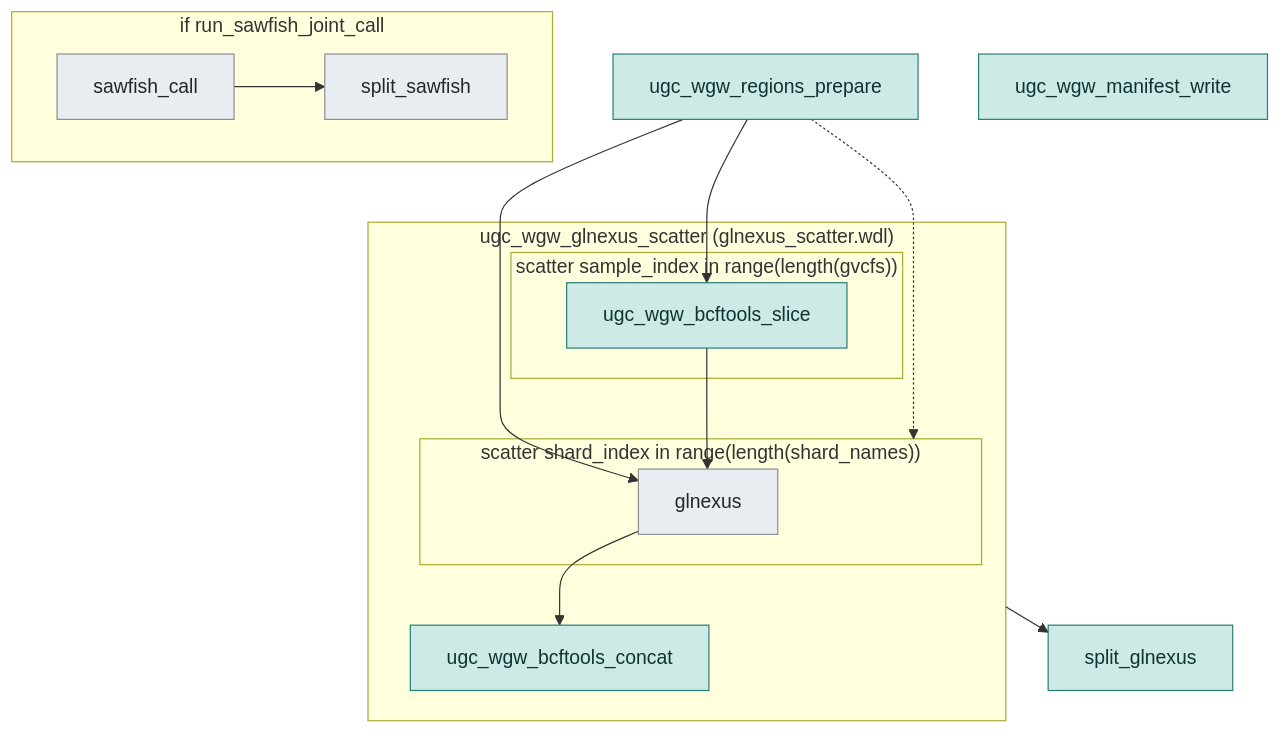
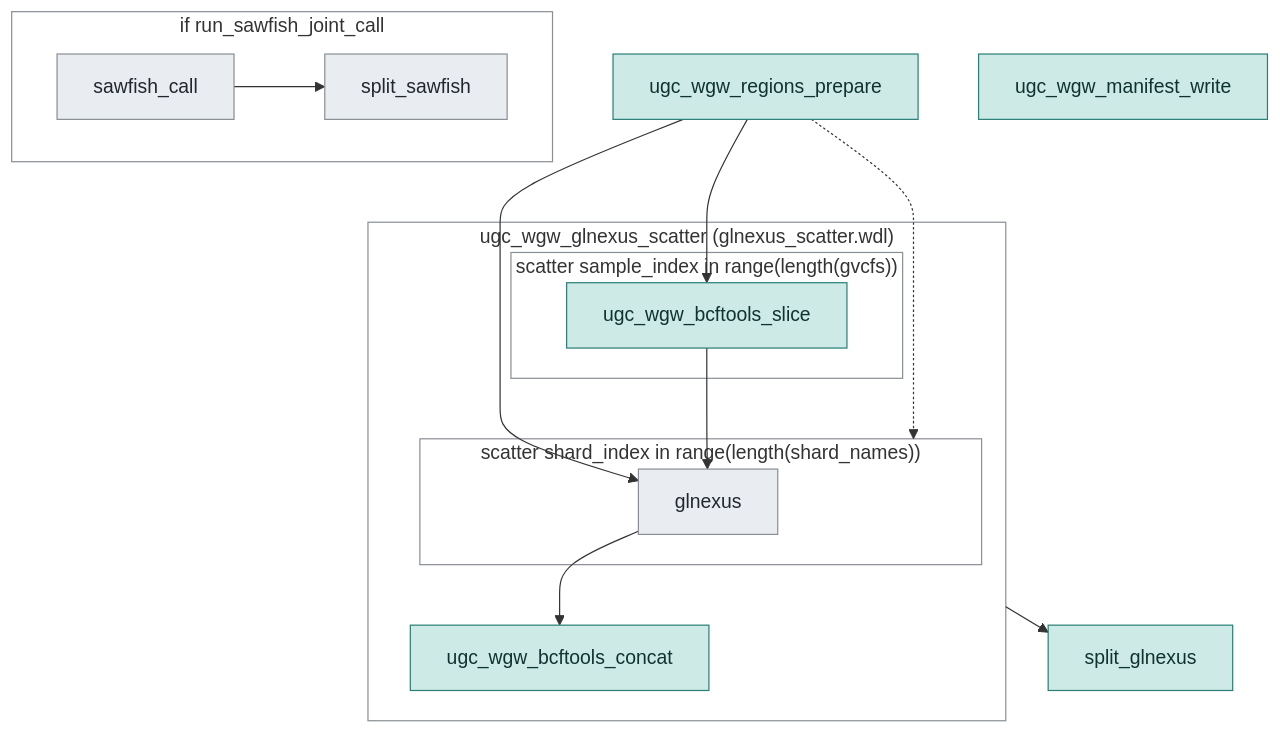
One commit to UppsalaGenomeCenter/ugc-wgw changed the fourth of 13 diagrams in docs/guide/workflow-graphs.md. Above: the diagram before and after it, drawn with Mermaid. The commit also changed other lines of this file and 19 other files, not shown here.

````diff
--- a/docs/guide/workflow-graphs.md
+++ b/docs/guide/workflow-graphs.md
@@ -357,28 +364,30 @@
 ```mermaid
 flowchart TD
   n1["ugc_wgw_regions_prepare"]:::o
   subgraph s1["ugc_wgw_glnexus_scatter (glnexus_scatter.wdl)"]
     subgraph s2["scatter sample_index in range(length(gvcfs))"]
       n2["ugc_wgw_bcftools_slice"]:::o
     end
     subgraph s3["scatter shard_index in range(length(shard_names))"]
       n3["glnexus"]:::u
     end
     n4["ugc_wgw_bcftools_concat"]:::o
   end
   n5["split_glnexus"]:::o
   subgraph s4["if run_sawfish_joint_call"]
     n6["sawfish_call"]:::u
     n7["split_sawfish"]:::u
   end
   n8["ugc_wgw_manifest_write"]:::o
   n1 --> n2
   n1 --> n3
   n1 -.-> s3
   n2 --> n3
   n3 --> n4
   n6 --> n7
   s1 --> n5
   classDef o fill:#cdeae6,stroke:#2a7f77,color:#0f3330
   classDef u fill:#e9edf1,stroke:#8a8f95,color:#22272e
+  classDef b fill:none,stroke:#8a8f95
+  class s1,s2,s3,s4 b
 ```
````
